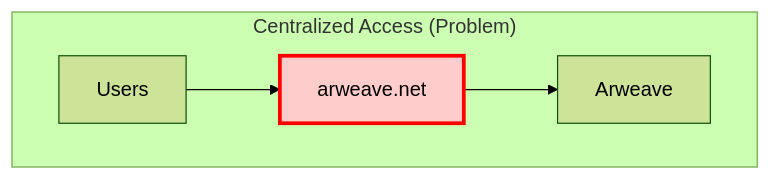
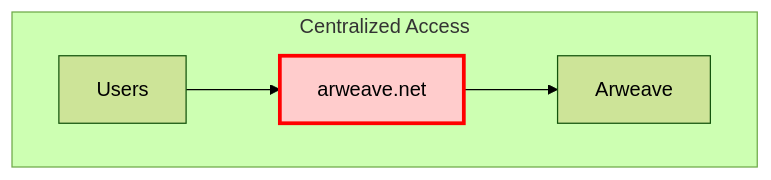
Before and after one commit to ar-io/docs: the first of 3 diagrams in content/learn/wayfinder/index.mdx, drawn with Mermaid (forest theme). The commit also changed other lines of this file, not shown here.

Commit message:
fix(wayfinder): updated wayfinder diagrams

````diff
--- a/content/learn/wayfinder/index.mdx
+++ b/content/learn/wayfinder/index.mdx
@@ -29,8 +29,8 @@
 ```mermaid
 graph TB
-    subgraph "Centralized Access (Problem)<br/>"
+    subgraph "Centralized Access"
         U1[Users] --> AW[arweave.net]
         AW --> AR1[Arweave]
         style AW fill:#ffcccc,stroke:#ff0000,stroke-width:3px
     end
 ```
````
